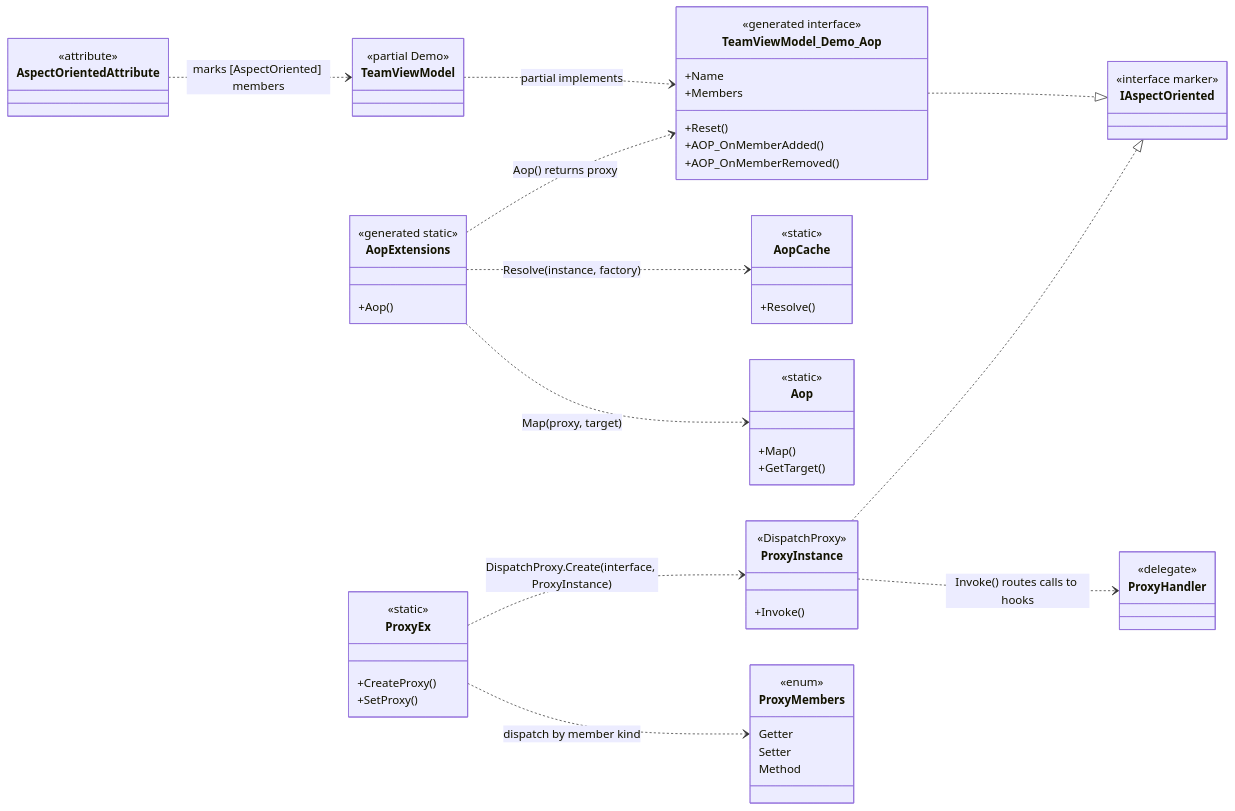
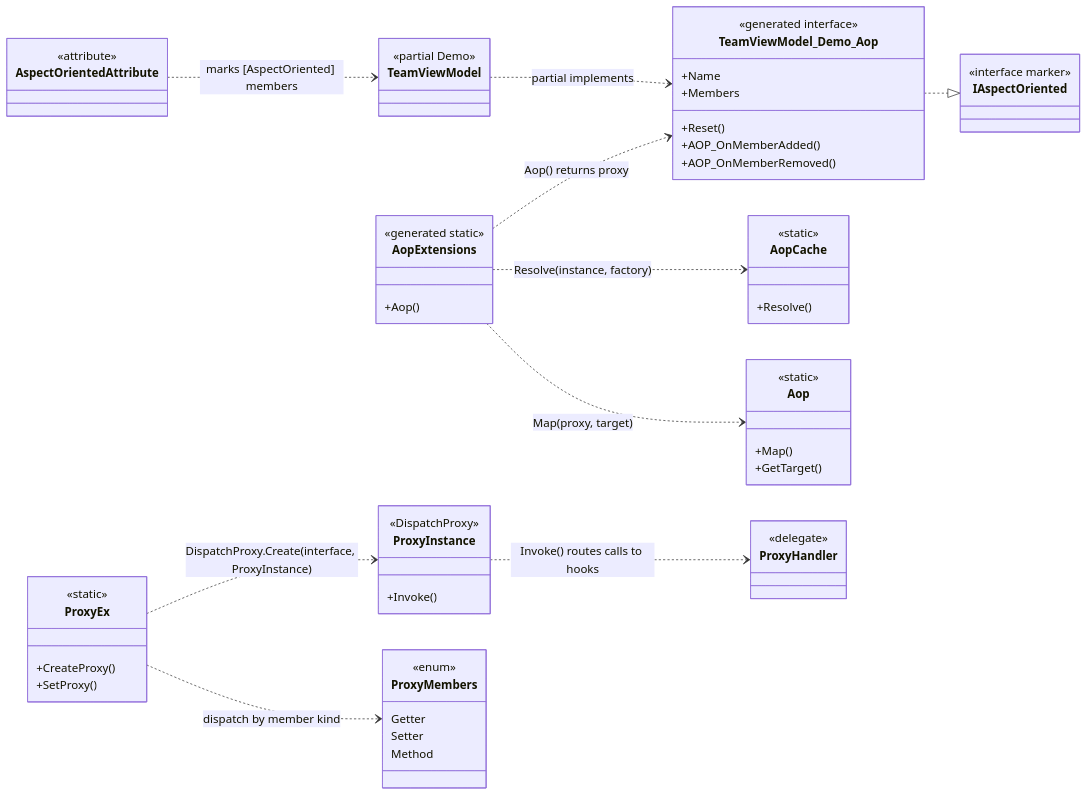
Before and after one commit to Axvser/VeloxDev.Docs: the diagram in src/CloudGlyph/Assets/Docs/content/en/3_SE_Analysis/02_design-patterns/05_aop/index.md, drawn with Mermaid. The commit also changed other lines of this file and 591 other files, not shown here.

````diff
--- a/src/CloudGlyph/Assets/Docs/content/en/3_SE_Analysis/02_design-patterns/05_aop/index.md
+++ b/src/CloudGlyph/Assets/Docs/content/en/3_SE_Analysis/02_design-patterns/05_aop/index.md
@@ -16,63 +16,62 @@
 ```mermaid
 classDiagram
     direction LR
     class AspectOrientedAttribute {
         <<attribute>>
     }
     class TeamViewModel {
         <<partial Demo>>
     }
     class TeamViewModel_Demo_Aop {
         <<generated interface>>
         +Name
         +Members
         +Reset()
         +AOP_OnMemberAdded()
         +AOP_OnMemberRemoved()
     }
     class AopExtensions {
         <<generated static>>
         +Aop()
     }
     class IAspectOriented {
         <<interface marker>>
     }
     class ProxyMembers {
         <<enum>>
         Getter
         Setter
         Method
     }
     class ProxyHandler {
         <<delegate>>
     }
     class ProxyEx {
         <<static>>
         +CreateProxy()
         +SetProxy()
     }
     class ProxyInstance {
         <<DispatchProxy>>
         +Invoke()
     }
     class AopCache {
         <<static>>
         +Resolve()
     }
     class Aop {
         <<static>>
         +Map()
         +GetTarget()
     }
 
     AspectOrientedAttribute ..> TeamViewModel : marks [AspectOriented] members
     TeamViewModel ..> TeamViewModel_Demo_Aop : partial implements
     TeamViewModel_Demo_Aop ..|> IAspectOriented
-    ProxyInstance ..|> IAspectOriented
     AopExtensions ..> TeamViewModel_Demo_Aop : Aop() returns proxy
     AopExtensions ..> AopCache : Resolve(instance, factory)
     AopExtensions ..> Aop : Map(proxy, target)
     ProxyEx ..> ProxyInstance : DispatchProxy.Create(interface, ProxyInstance)
     ProxyInstance ..> ProxyHandler : Invoke() routes calls to hooks
     ProxyEx ..> ProxyMembers : dispatch by member kind
 ```
````
